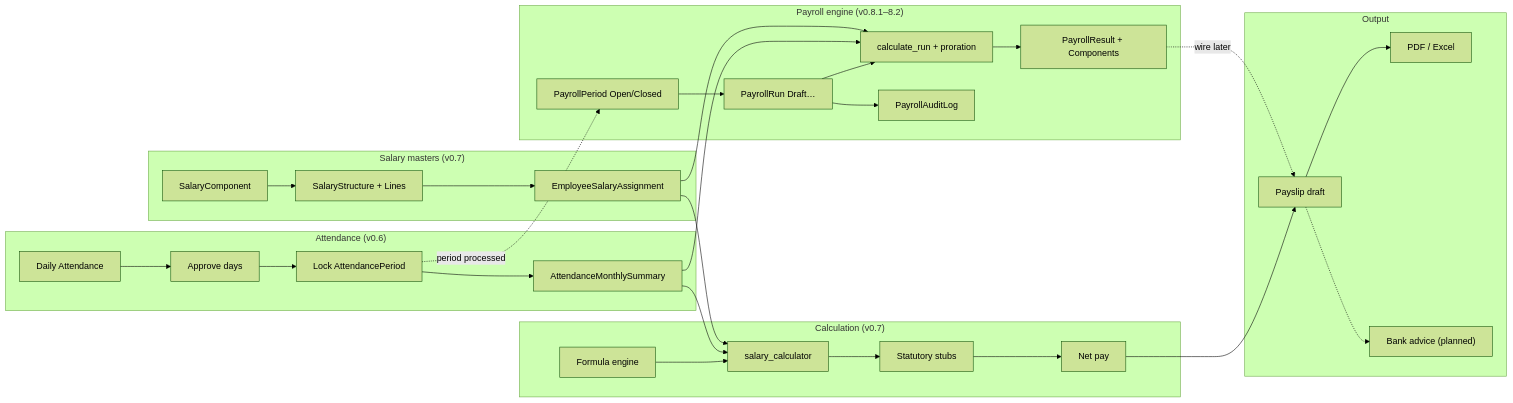
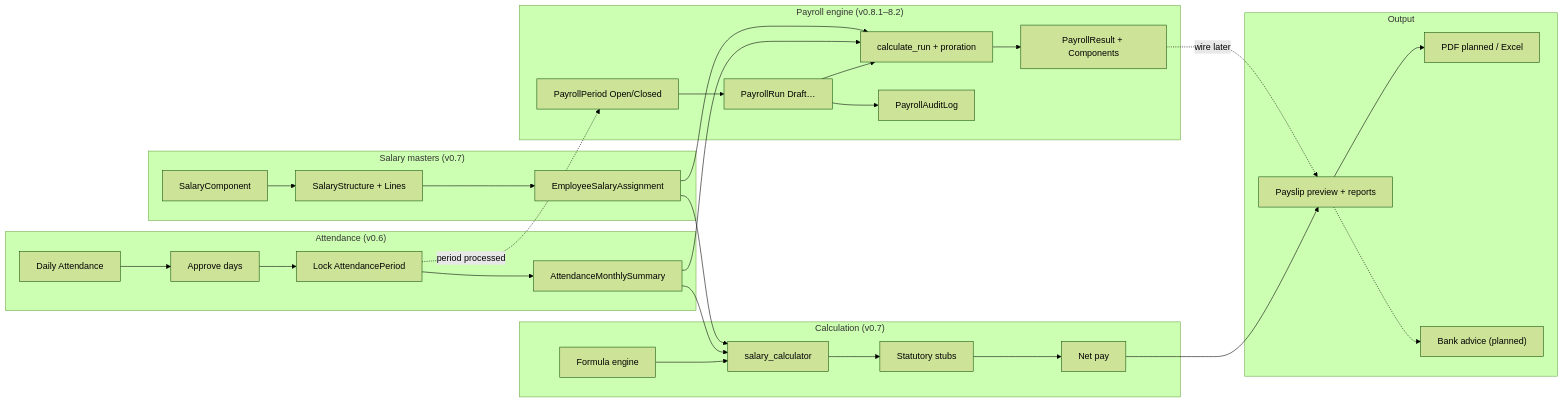
The diagram in docs/payroll-architecture/lifecycle.md (prudhvikrishna90nyp/PAS-Payroll-Automation-System), drawn with Mermaid (forest theme) before and after one commit. The commit also changed other lines of this file and 12 other files, not shown here.

Commit message:
Complete Sprint 8.4 payroll reports and payslip preparation

````diff
--- a/docs/payroll-architecture/lifecycle.md
+++ b/docs/payroll-architecture/lifecycle.md
@@ -7,40 +7,40 @@
 ```mermaid
 flowchart LR
   subgraph attendance ["Attendance (v0.6)"]
     A1[Daily Attendance] --> A2[Approve days]
     A2 --> A3[Lock AttendancePeriod]
     A3 --> A4[AttendanceMonthlySummary]
   end
 
   subgraph salary ["Salary masters (v0.7)"]
     S1[SalaryComponent] --> S2[SalaryStructure + Lines]
     S2 --> S3[EmployeeSalaryAssignment]
   end
 
   subgraph calc ["Calculation (v0.7)"]
     C1[Formula engine] --> C2[salary_calculator]
     C2 --> C3[Statutory stubs]
     C3 --> C4[Net pay]
   end
 
   subgraph engine ["Payroll engine (v0.8.1–8.2)"]
     P1[PayrollPeriod Open/Closed] --> P2[PayrollRun Draft…]
     P2 --> P3[calculate_run + proration]
     P3 --> P5[PayrollResult + Components]
     P2 --> P4[PayrollAuditLog]
   end
 
   subgraph output ["Output"]
-    O1[Payslip draft] --> O2[PDF / Excel]
+    O1[Payslip preview + reports] --> O2[PDF planned / Excel]
     O3["Bank advice (planned)"]
   end
 
   A4 --> C2
   S3 --> C2
   C4 --> O1
   O1 -.-> O3
   A3 -.->|period processed| P1
   A4 --> P3
   S3 --> P3
   P5 -.->|wire later| O1
 ```
````
